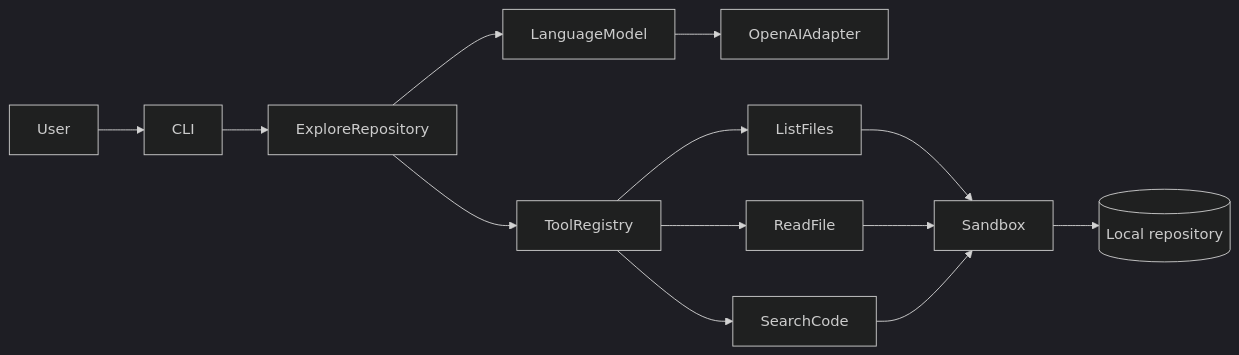
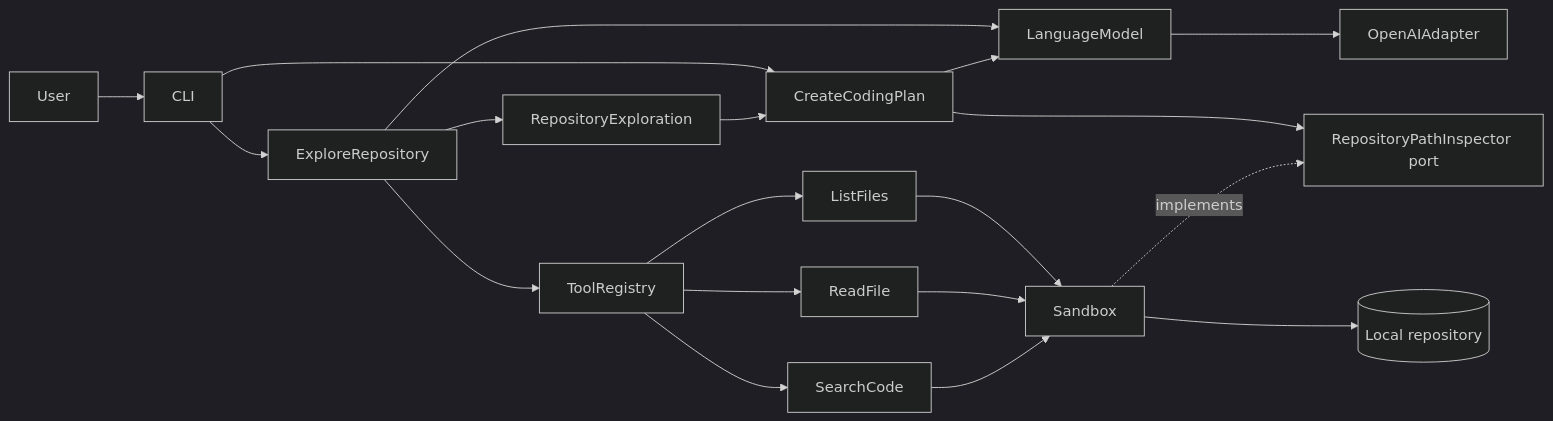
Before and after one commit to ArianeZan/mini-code: the first of 2 diagrams in docs/technical-architecture.md, drawn with Mermaid (dark theme). The commit also changed other lines of this file and 14 other files, not shown here.

````diff
--- a/docs/technical-architecture.md
+++ b/docs/technical-architecture.md
@@ -7,15 +7,21 @@
 ```mermaid
 flowchart LR
     User --> CLI
     CLI --> ExploreRepository
+    CLI --> CreateCodingPlan
+    ExploreRepository --> ExplorationResult[RepositoryExploration]
+    ExplorationResult --> CreateCodingPlan
     ExploreRepository --> LanguageModel
+    CreateCodingPlan --> LanguageModel
+    CreateCodingPlan --> PathInspector[RepositoryPathInspector port]
     ExploreRepository --> ToolRegistry
     LanguageModel --> OpenAIAdapter
     ToolRegistry --> ListFiles
     ToolRegistry --> ReadFile
     ToolRegistry --> SearchCode
     ListFiles --> Sandbox
     ReadFile --> Sandbox
     SearchCode --> Sandbox
     Sandbox --> Repository[(Local repository)]
+    Sandbox -. implements .-> PathInspector
 ```
````
